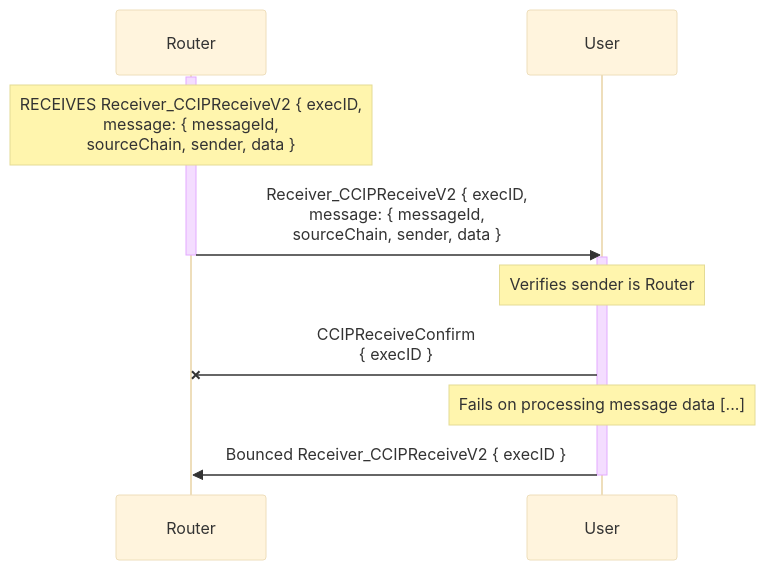
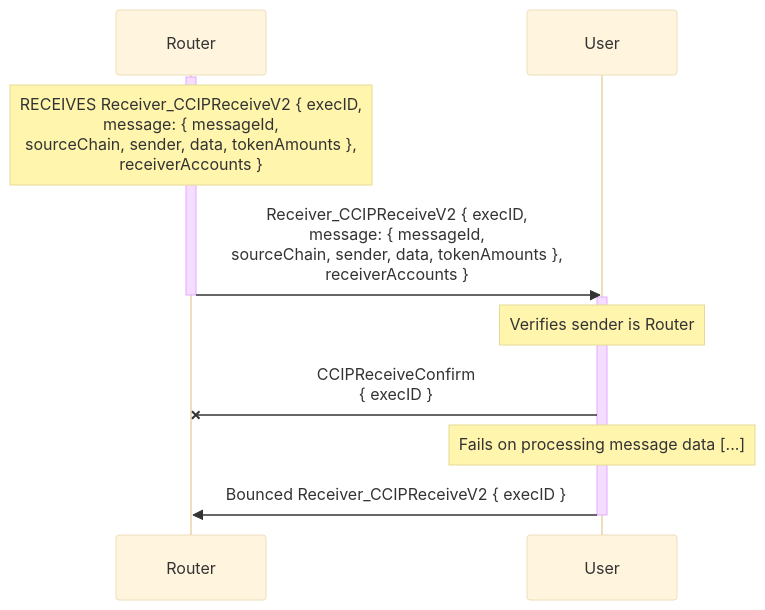
The second of 3 diagrams in docs/contracts/overview/ccip/router/user-interface/receiver.md (smartcontractkit/chainlink-ton), drawn with Mermaid (base theme) before and after one commit. The commit also changed other lines of this file and 12 other files, not shown here.

First line of the commit message:
feat: receiverAccounts in Receiver_CCIPReceiveV2

````diff
--- a/docs/contracts/overview/ccip/router/user-interface/receiver.md
+++ b/docs/contracts/overview/ccip/router/user-interface/receiver.md
@@ -41,19 +43,19 @@
 ```mermaid
 sequenceDiagram
     participant R as Router
     participant U as User
 
     activate R
-    Note over R: RECEIVES Receiver_CCIPReceiveV2 { execID,<br>message: { messageId,<br>sourceChain, sender, data }
-    R ->> U: Receiver_CCIPReceiveV2 { execID,<br>message: { messageId,<br>sourceChain, sender, data }
+    Note over R: RECEIVES Receiver_CCIPReceiveV2 { execID,<br>message: { messageId,<br>sourceChain, sender, data, tokenAmounts },<br>receiverAccounts }
+    R ->> U: Receiver_CCIPReceiveV2 { execID,<br>message: { messageId,<br>sourceChain, sender, data, tokenAmounts },<br>receiverAccounts }
     deactivate R
 
 
 
     activate U
     Note over U: Verifies sender is Router
     U -x R: CCIPReceiveConfirm<br>{ execID }
     Note over U: Fails on processing message data [...]
     U ->> R: Bounced Receiver_CCIPReceiveV2 { execID }
     deactivate U
 ```
````
